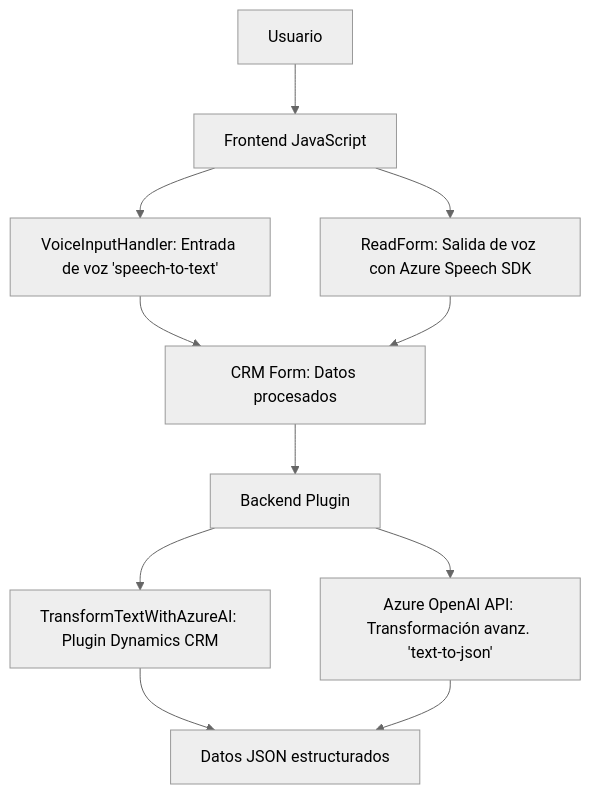
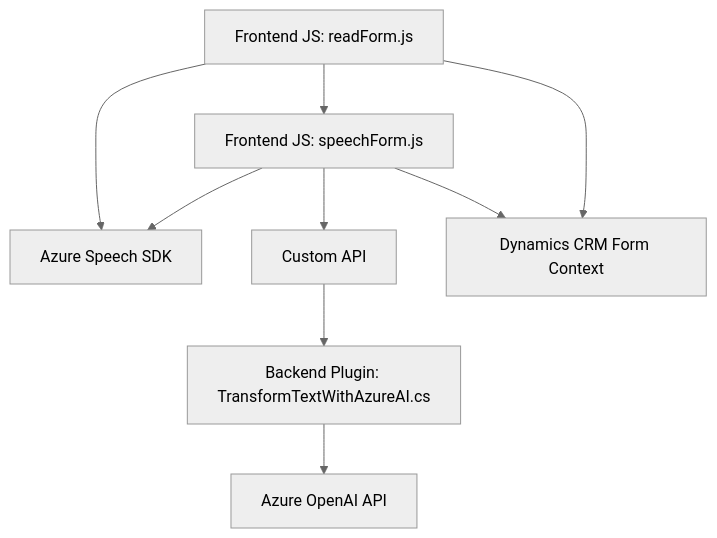
The diagram in README.md (blopezdm/NETCORE_BILBAO2025), drawn with Mermaid (neutral theme) before and after one commit. The commit also changed other lines of this file, not shown here.

Commit message:
Actualizar análisis global de la solución con IA

````diff
--- a/README.md
+++ b/README.md
@@ -43,13 +43,11 @@
 ```mermaid
 graph TD
-    A["Usuario"] --> B["Frontend JavaScript"]
-    B --> C["VoiceInputHandler: Entrada de voz 'speech-to-text'"]
-    B --> D["ReadForm: Salida de voz con Azure Speech SDK"]
-    C --> E["CRM Form: Datos procesados"]
-    D --> E
-    E --> F["Backend Plugin"]
-    F --> G["TransformTextWithAzureAI: Plugin Dynamics CRM"]
-    F --> H["Azure OpenAI API: Transformación avanz. 'text-to-json'"]
-    G --> I["Datos JSON estructurados"]
-    H --> I
+    A["Frontend JS: readForm.js"] --> B["Azure Speech SDK"]
+    A --> C["Frontend JS: speechForm.js"]
+    C --> B
+    C --> D["Custom API"]
+    D --> E["Backend Plugin: TransformTextWithAzureAI.cs"]
+    E --> F["Azure OpenAI API"]
+    A --> G["Dynamics CRM Form Context"]
+    C --> G
 ```
````
